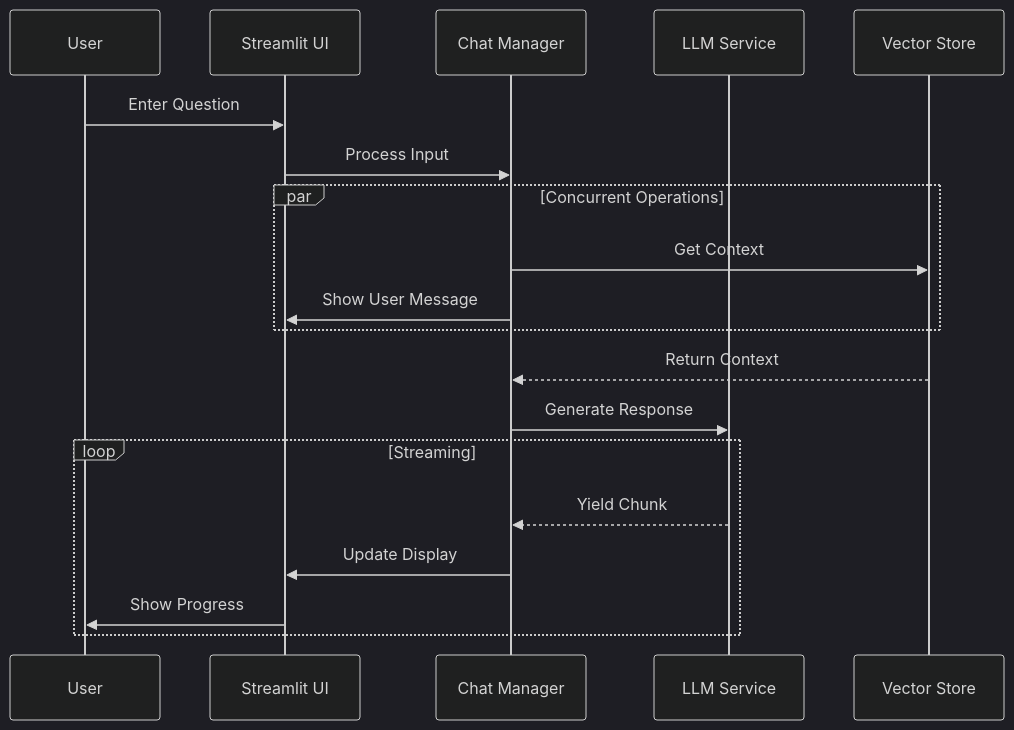
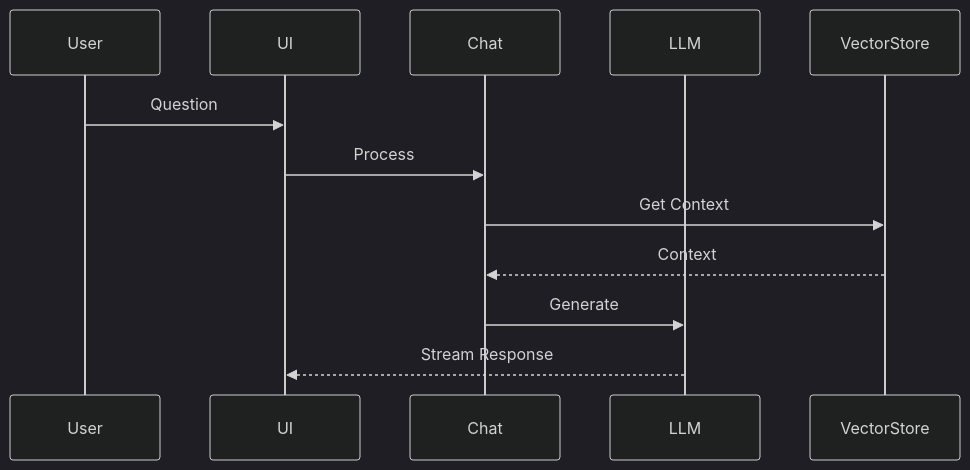
One commit to laialex501/lorechat-container changed the third of 4 diagrams in memory-bank/systemPatterns.md. Above: the diagram before and after it, drawn with Mermaid (dark theme). The commit also changed other lines of this file and 11 other files, not shown here.

````diff
--- a/memory-bank/systemPatterns.md
+++ b/memory-bank/systemPatterns.md
@@ -189,22 +58,15 @@
 ```mermaid
 sequenceDiagram
     participant U as User
-    participant UI as Streamlit UI
-    participant C as Chat Manager
-    participant L as LLM Service
-    participant V as Vector Store
+    participant UI as UI
+    participant C as Chat
+    participant L as LLM
+    participant V as VectorStore
     
-    U->>UI: Enter Question
-    UI->>C: Process Input
-    par Concurrent Operations
-        C->>V: Get Context
-        C->>UI: Show User Message
-    end
-    V-->>C: Return Context
-    C->>L: Generate Response
-    loop Streaming
-        L-->>C: Yield Chunk
-        C->>UI: Update Display
-        UI->>U: Show Progress
-    end
+    U->>UI: Question
+    UI->>C: Process
+    C->>V: Get Context
+    V-->>C: Context
+    C->>L: Generate
+    L-->>UI: Stream Response
 ```
````
